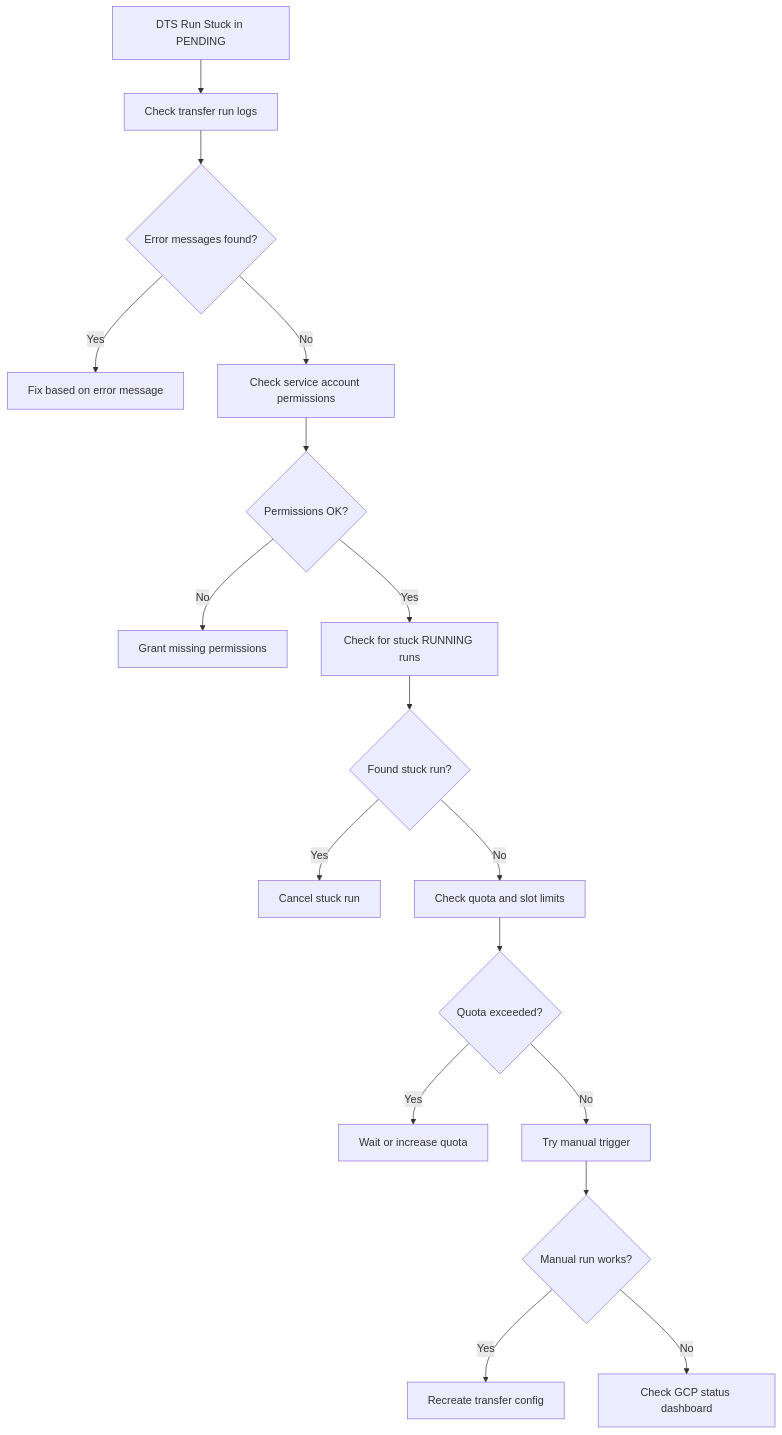
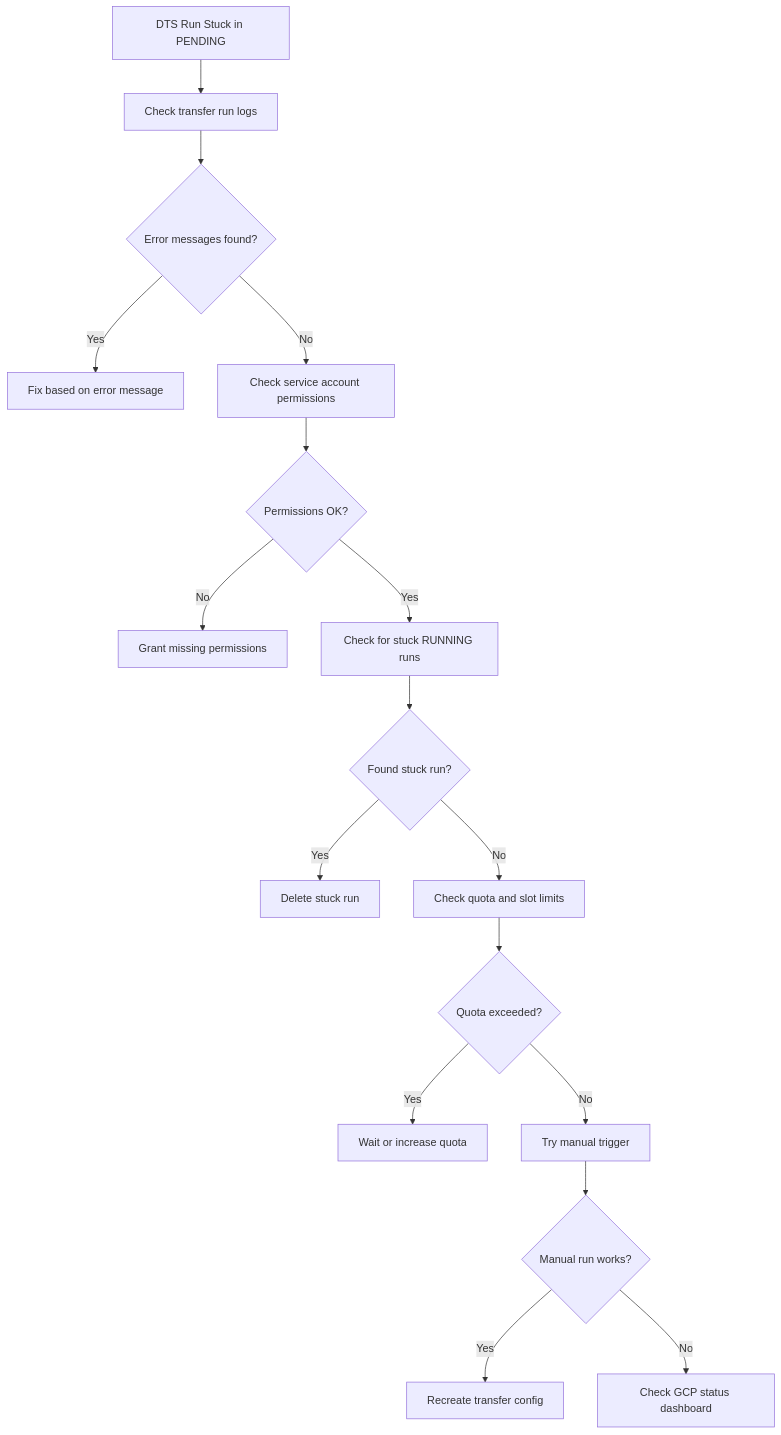
Before and after one commit to OneUptime/blog: the diagram in posts/2026-02-17-how-to-debug-bigquery-data-transfer-service-runs-stuck-in-pending-state/README.md, drawn with Mermaid. The commit also changed other lines of this file and 2 other files, not shown here.

Commit message:
validate: 2026-02-17-how-to-debug-bigquery-data-transfer-service-runs-stuck-in-pending-state

````diff
--- a/posts/2026-02-17-how-to-debug-bigquery-data-transfer-service-runs-stuck-in-pending-state/README.md
+++ b/posts/2026-02-17-how-to-debug-bigquery-data-transfer-service-runs-stuck-in-pending-state/README.md
@@ -196,19 +198,19 @@
 ```mermaid
 flowchart TD
     A[DTS Run Stuck in PENDING] --> B[Check transfer run logs]
     B --> C{Error messages found?}
     C -->|Yes| D[Fix based on error message]
     C -->|No| E[Check service account permissions]
     E --> F{Permissions OK?}
     F -->|No| G[Grant missing permissions]
     F -->|Yes| H[Check for stuck RUNNING runs]
     H --> I{Found stuck run?}
-    I -->|Yes| J[Cancel stuck run]
+    I -->|Yes| J[Delete stuck run]
     I -->|No| K[Check quota and slot limits]
     K --> L{Quota exceeded?}
     L -->|Yes| M[Wait or increase quota]
     L -->|No| N[Try manual trigger]
     N --> O{Manual run works?}
     O -->|Yes| P[Recreate transfer config]
     O -->|No| Q[Check GCP status dashboard]
 ```
````
